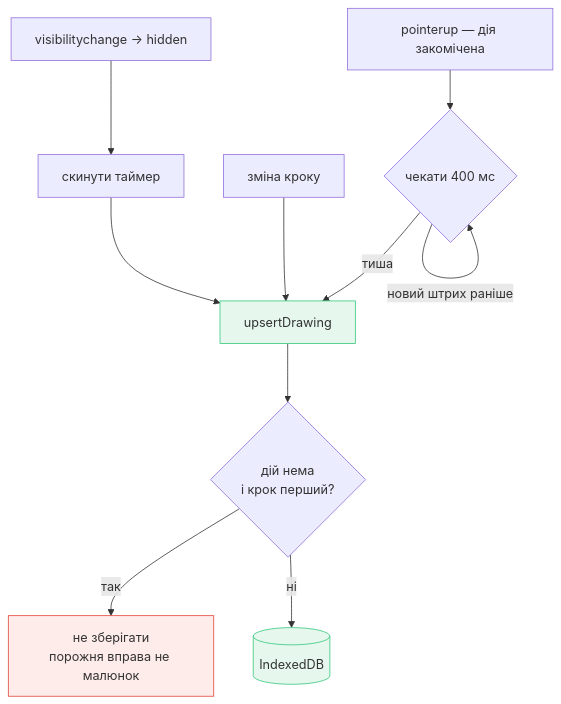
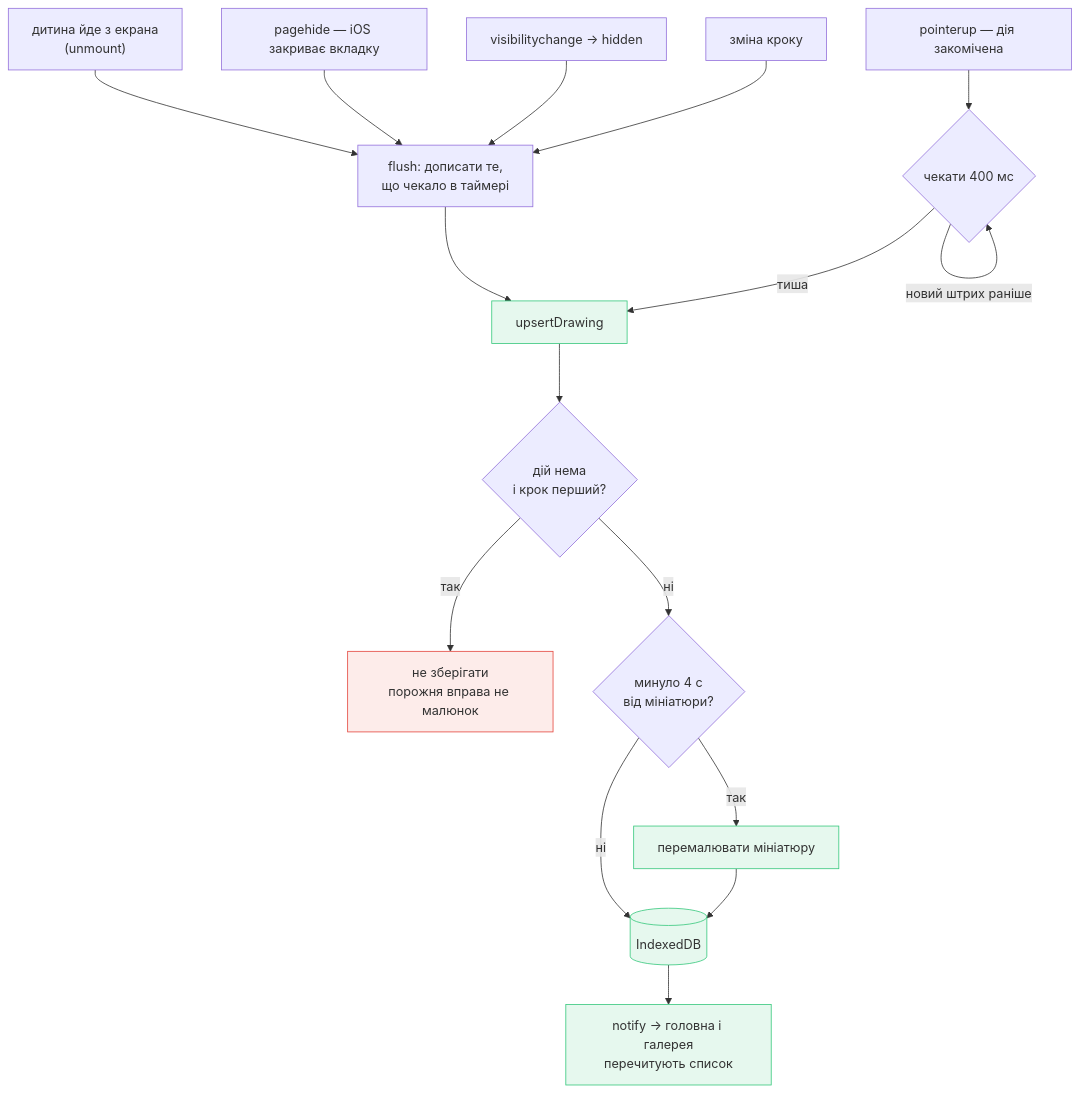
Before and after one commit to PolukovY/drawli: the eighth of 13 diagrams in doc/arch.md, drawn with Mermaid. The commit also changed other lines of this file and 11 other files, not shown here.

````diff
--- a/doc/arch.md
+++ b/doc/arch.md
@@ -276,16 +276,24 @@
 ```mermaid
 flowchart TD
     A["pointerup — дія закомічена"] --> B{"чекати 400 мс"}
     B -->|"новий штрих раніше"| B
     B -->|"тиша"| S["upsertDrawing"]
-    C["зміна кроку"] --> S
-    D["visibilitychange → hidden"] --> E["скинути таймер"] --> S
+
+    C["зміна кроку"] --> FL
+    D["visibilitychange → hidden"] --> FL
+    E["pagehide — iOS закриває вкладку"] --> FL
+    U["дитина йде з екрана<br/>(unmount)"] --> FL
+    FL["flush: дописати те,<br/>що чекало в таймері"] --> S
+
     S --> F{"дій нема<br/>і крок перший?"}
     F -->|"так"| G["не зберігати<br/>порожня вправа не малюнок"]
-    F -->|"ні"| H[("IndexedDB")]
+    F -->|"ні"| T{"минуло 4 с<br/>від мініатюри?"}
+    T -->|"так"| TH["перемалювати мініатюру"] --> H
+    T -->|"ні"| H[("IndexedDB")]
+    H --> N["notify → головна і галерея<br/>перечитують список"]
 
     classDef save fill:#E6F8EE,stroke:#34C77B
     classDef skip fill:#FDECEA,stroke:#E4443B
-    class S,H save
+    class S,H,TH,N save
     class G skip
 ```
````
